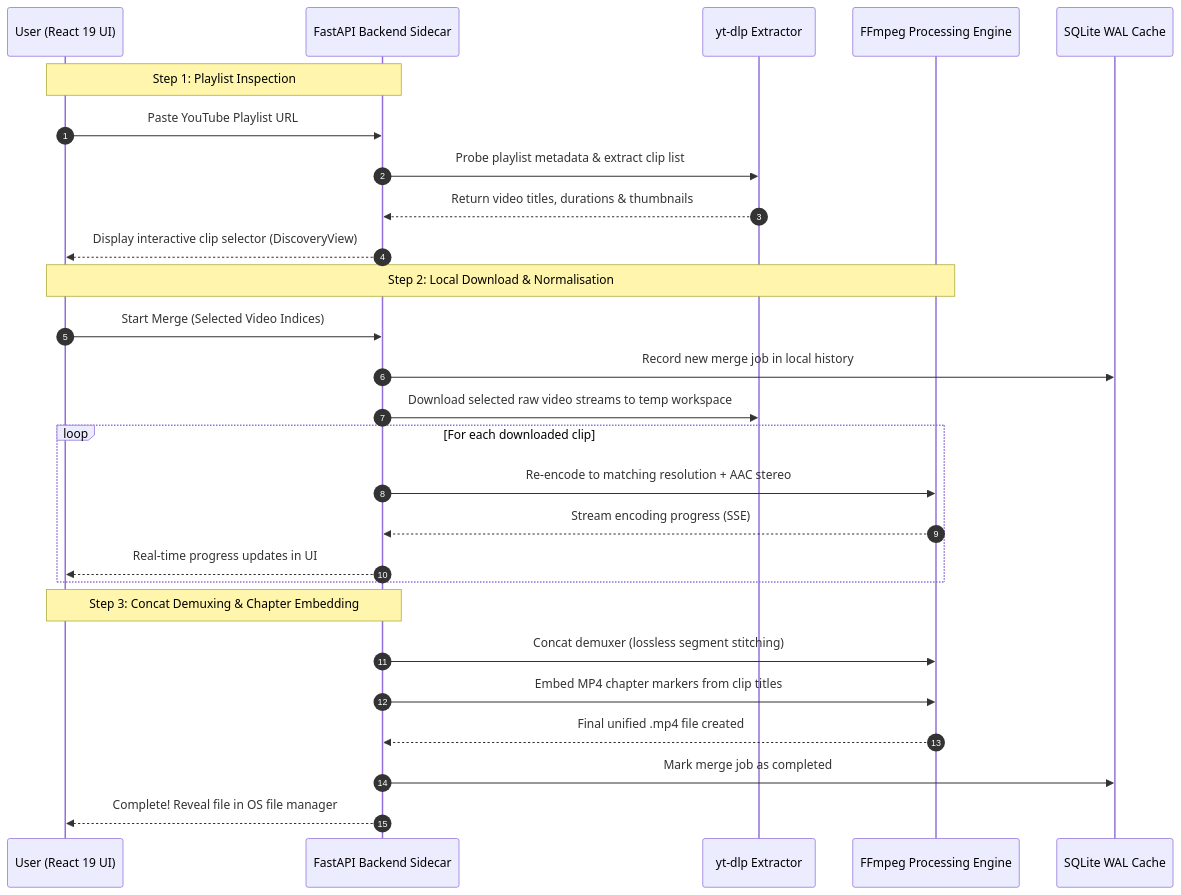
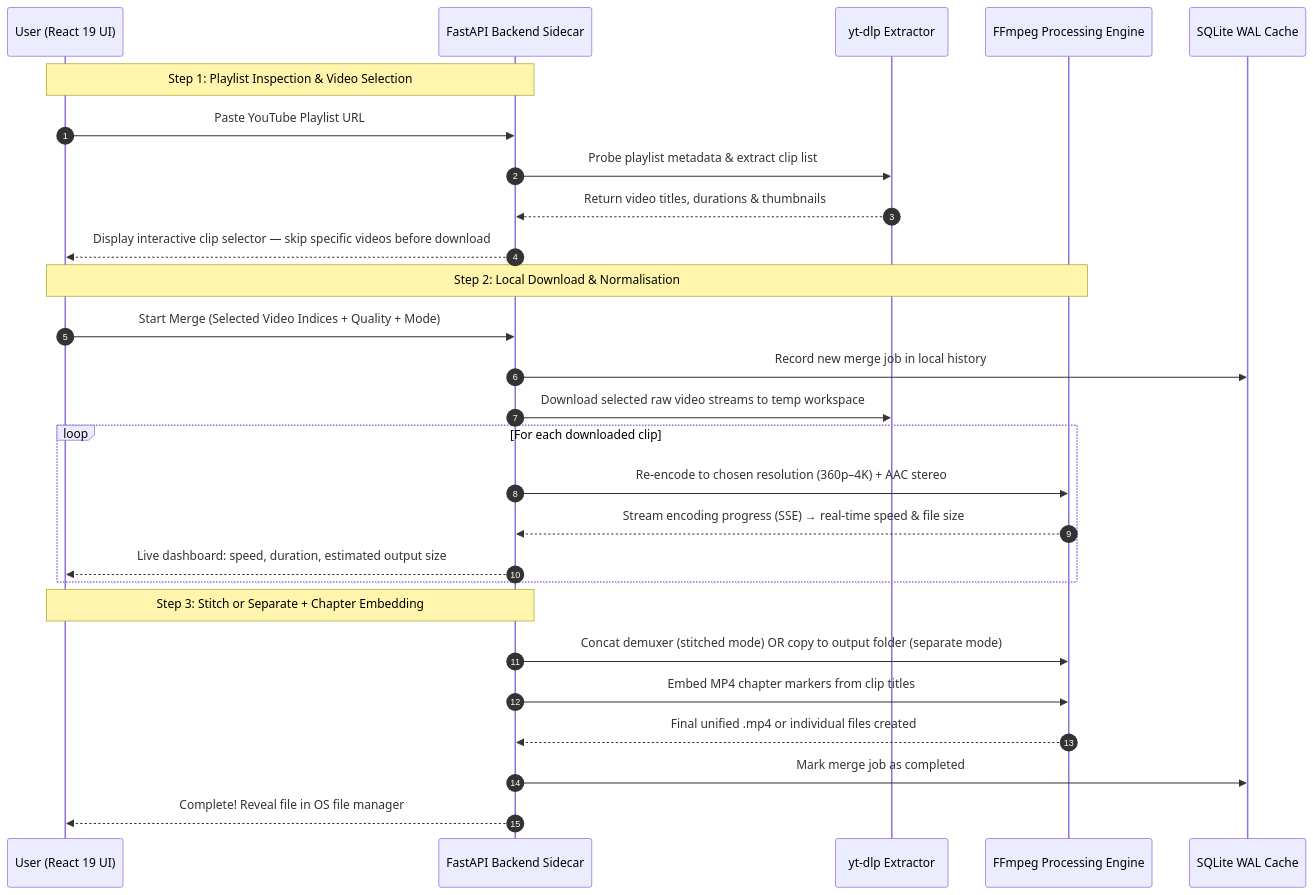
Before and after one commit to hashamtanveer-41/tubemerge: the diagram in README.md, drawn with Mermaid. The commit also changed other lines of this file and 42 other files, not shown here.

````diff
--- a/README.md
+++ b/README.md
@@ -32,32 +54,32 @@
 ```mermaid
 sequenceDiagram
     autonumber
     participant User as User (React 19 UI)
     participant API as FastAPI Backend Sidecar
     participant YTDLP as yt-dlp Extractor
     participant FFMPEG as FFmpeg Processing Engine
     participant DB as SQLite WAL Cache
 
-    Note over User,API: Step 1: Playlist Inspection
+    Note over User,API: Step 1: Playlist Inspection & Video Selection
     User->>API: Paste YouTube Playlist URL
     API->>YTDLP: Probe playlist metadata & extract clip list
     YTDLP-->>API: Return video titles, durations & thumbnails
-    API-->>User: Display interactive clip selector (DiscoveryView)
+    API-->>User: Display interactive clip selector — skip specific videos before download
 
     Note over User,FFMPEG: Step 2: Local Download & Normalisation
-    User->>API: Start Merge (Selected Video Indices)
+    User->>API: Start Merge (Selected Video Indices + Quality + Mode)
     API->>DB: Record new merge job in local history
     API->>YTDLP: Download selected raw video streams to temp workspace
     loop For each downloaded clip
-        API->>FFMPEG: Re-encode to matching resolution + AAC stereo
-        FFMPEG-->>API: Stream encoding progress (SSE)
-        API-->>User: Real-time progress updates in UI
+        API->>FFMPEG: Re-encode to chosen resolution (360p–4K) + AAC stereo
+        FFMPEG-->>API: Stream encoding progress (SSE) → real-time speed & file size
+        API-->>User: Live dashboard: speed, duration, estimated output size
     end
 
-    Note over API,User: Step 3: Concat Demuxing & Chapter Embedding
-    API->>FFMPEG: Concat demuxer (lossless segment stitching)
+    Note over API,User: Step 3: Stitch or Separate + Chapter Embedding
+    API->>FFMPEG: Concat demuxer (stitched mode) OR copy to output folder (separate mode)
     API->>FFMPEG: Embed MP4 chapter markers from clip titles
-    FFMPEG-->>API: Final unified .mp4 file created
+    FFMPEG-->>API: Final unified .mp4 or individual files created
     API->>DB: Mark merge job as completed
     API-->>User: Complete! Reveal file in OS file manager
 ```
````
